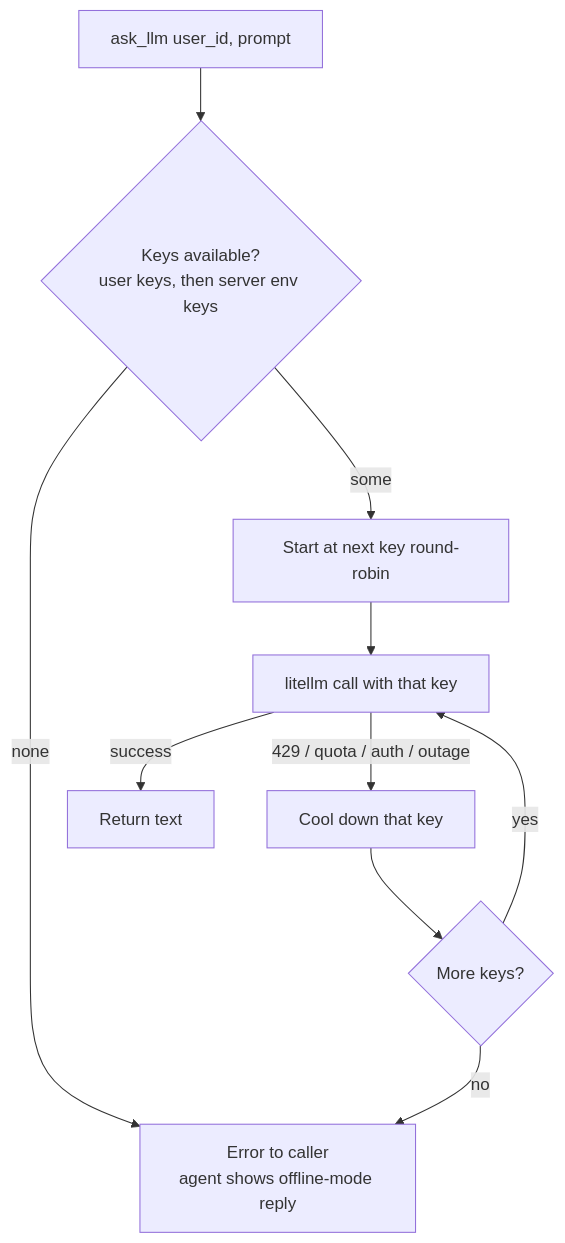
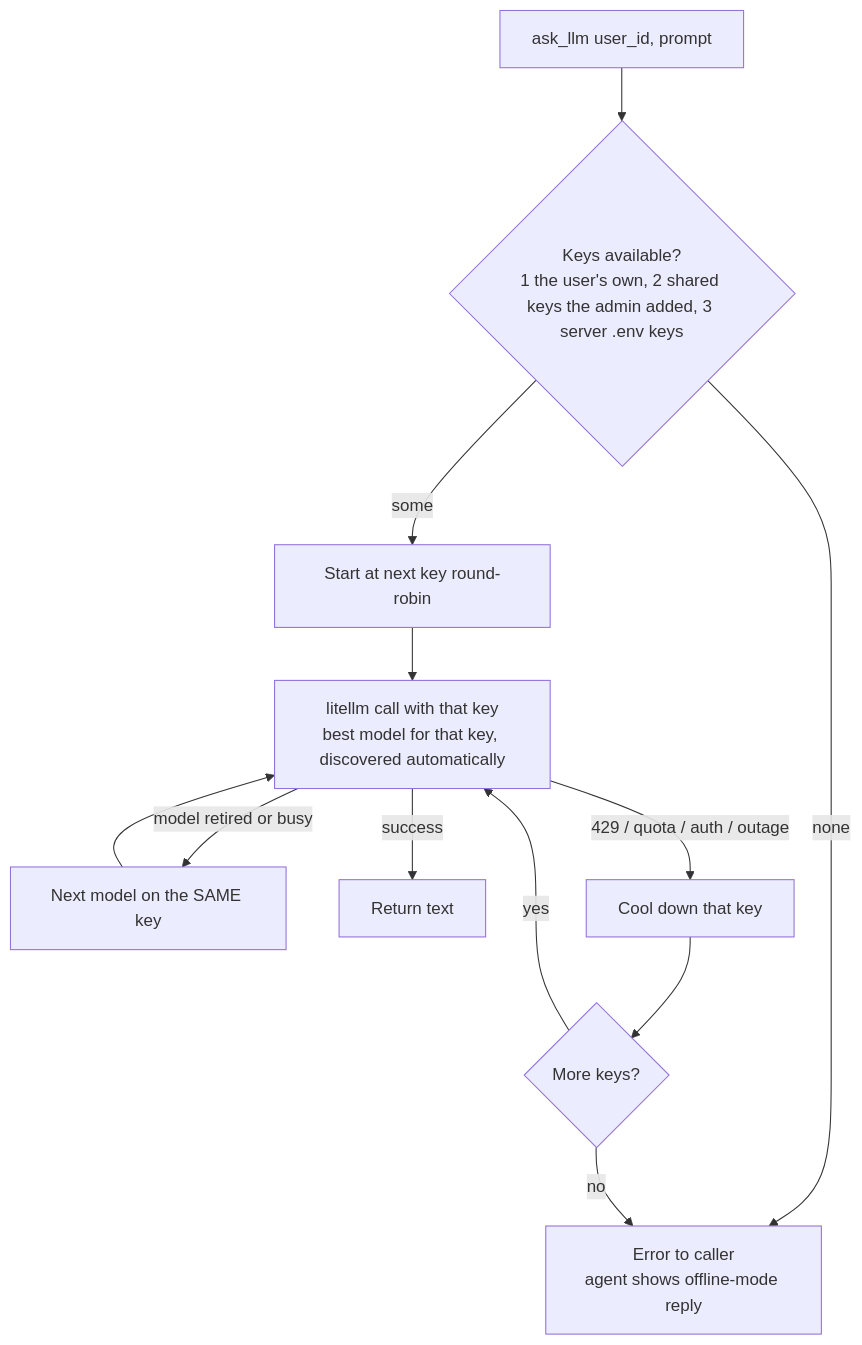
One commit to FissionLife/WalletLedger changed the eighth of 9 diagrams in docs/ARCHITECTURE.md. Above: the diagram before and after it, drawn with Mermaid. The commit also changed other lines of this file and 10 other files, not shown here.

````diff
--- a/docs/ARCHITECTURE.md
+++ b/docs/ARCHITECTURE.md
@@ -159,12 +189,14 @@
 ```mermaid
 flowchart TD
-    Q[ask_llm user_id, prompt] --> K{Keys available?<br/>user keys, then server env keys}
+    Q[ask_llm user_id, prompt] --> K{Keys available?<br/>1 the user's own, 2 shared keys the admin added, 3 server .env keys}
     K -- none --> NO[Error to caller<br/>agent shows offline-mode reply]
     K -- some --> RR[Start at next key round-robin]
-    RR --> TRY[litellm call with that key]
+    RR --> TRY[litellm call with that key<br/>best model for that key, discovered automatically]
+    TRY -- "model retired or busy" --> TRY2[Next model on the SAME key]
+    TRY2 --> TRY
     TRY -- success --> OK[Return text]
     TRY -- "429 / quota / auth / outage" --> CD[Cool down that key]
     CD --> NEXT{More keys?}
     NEXT -- yes --> TRY
     NEXT -- no --> NO
 ```
````
